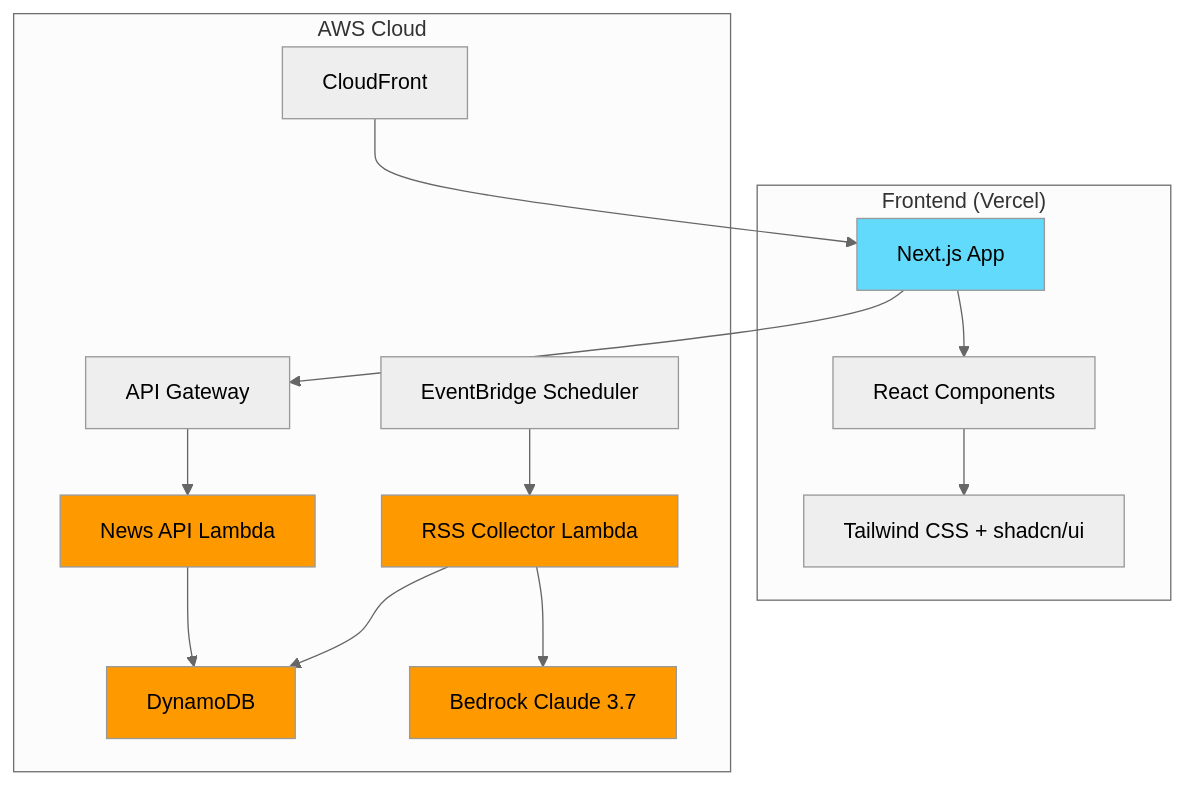
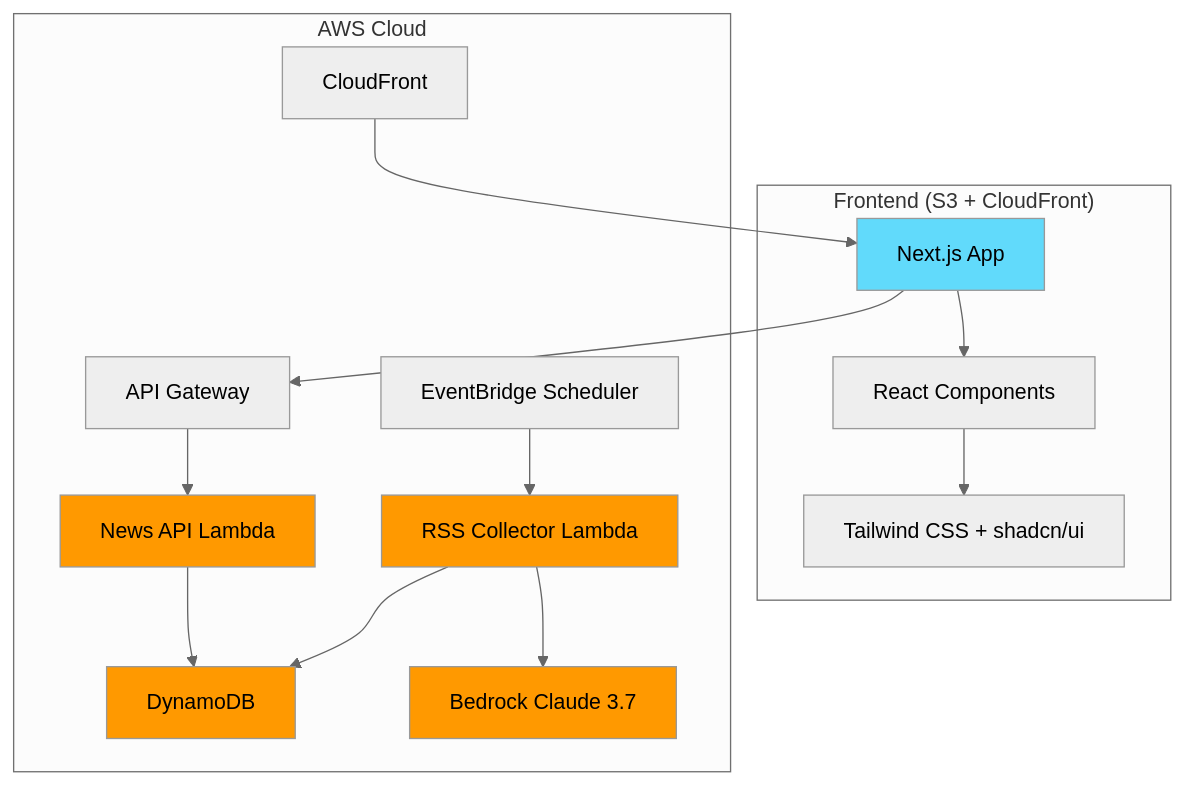
Before and after one commit to niceguy61/aws-news: the diagram in README.md, drawn with Mermaid (neutral theme). The commit also changed other lines of this file and 1 other file, not shown here.

Commit message:
readme update

````diff
--- a/README.md
+++ b/README.md
@@ -11,26 +11,26 @@
 ```mermaid
 graph TB
-    subgraph "Frontend (Vercel)"
+    subgraph "Frontend (S3 + CloudFront)"
         A[Next.js App] --> B[React Components]
         B --> C[Tailwind CSS + shadcn/ui]
     end
     
     subgraph "AWS Cloud"
         D[EventBridge Scheduler] --> E[RSS Collector Lambda]
         E --> F[DynamoDB]
         E --> G[Bedrock Claude 3.7]
         
         H[API Gateway] --> I[News API Lambda]
         I --> F
         
         J[CloudFront] --> A
     end
     
     A --> H
     
     style A fill:#61dafb
     style E fill:#ff9900
     style I fill:#ff9900
     style F fill:#ff9900
     style G fill:#ff9900
 ```
````
